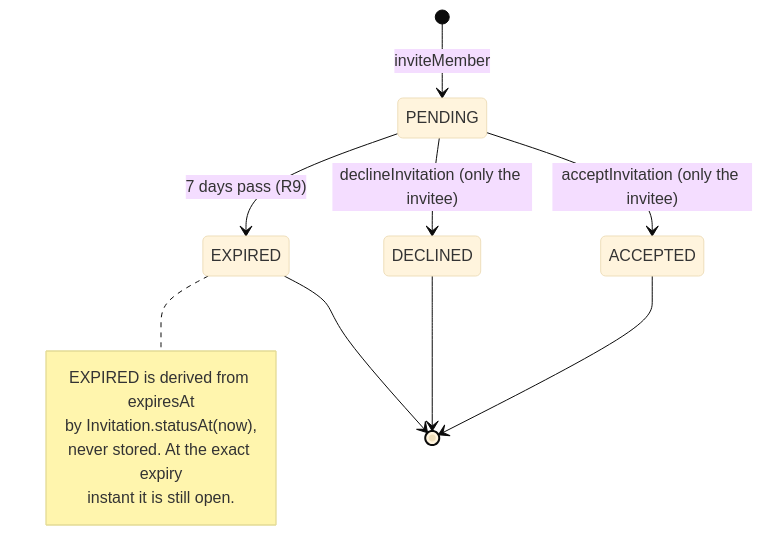
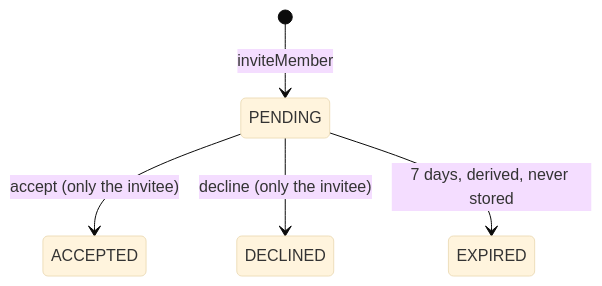
One commit to Ar000sh/sharewise changed the diagram in docs/review/02-invitations.md. Above: the diagram before and after it, drawn with Mermaid (base theme). The commit also changed other lines of this file and 4 other files, not shown here.

````diff
--- a/docs/review/02-invitations.md
+++ b/docs/review/02-invitations.md
@@ -9,16 +5,7 @@
 ```mermaid
 stateDiagram-v2
   [*] --> PENDING: inviteMember
-  PENDING --> ACCEPTED: acceptInvitation (only the invitee)
-  PENDING --> DECLINED: declineInvitation (only the invitee)
-  PENDING --> EXPIRED: 7 days pass (R9)
-  note right of EXPIRED
-    EXPIRED is derived from expiresAt
-    by Invitation.statusAt(now),
-    never stored. At the exact expiry
-    instant it is still open.
-  end note
-  ACCEPTED --> [*]
-  DECLINED --> [*]
-  EXPIRED --> [*]
+  PENDING --> ACCEPTED: accept (only the invitee)
+  PENDING --> DECLINED: decline (only the invitee)
+  PENDING --> EXPIRED: 7 days, derived, never stored
 ```
````
